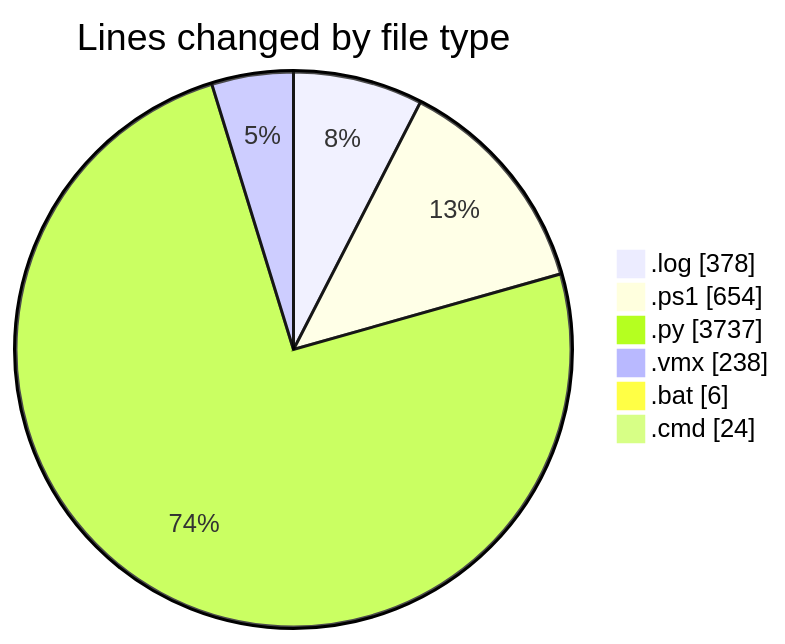
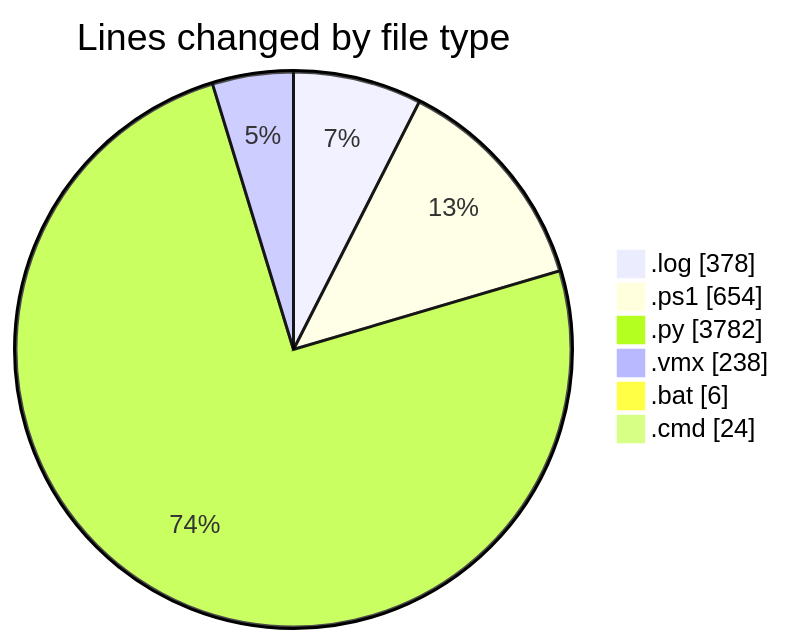
Before and after one commit to shibass792/code-tracking: the first of 2 diagrams in 2026-07-08/twenty_versions_aminor/README.md, drawn with Mermaid. The commit also changed other lines of this file and 1 other file, not shown here.

````diff
--- a/2026-07-08/twenty_versions_aminor/README.md
+++ b/2026-07-08/twenty_versions_aminor/README.md
@@ -40,10 +41,10 @@
 ```mermaid
 pie showData
 title Lines changed by file type
 ".log" : 378
 ".ps1" : 654
-".py" : 3737
+".py" : 3782
 ".vmx" : 238
 ".bat" : 6
 ".cmd" : 24
 ```
````
